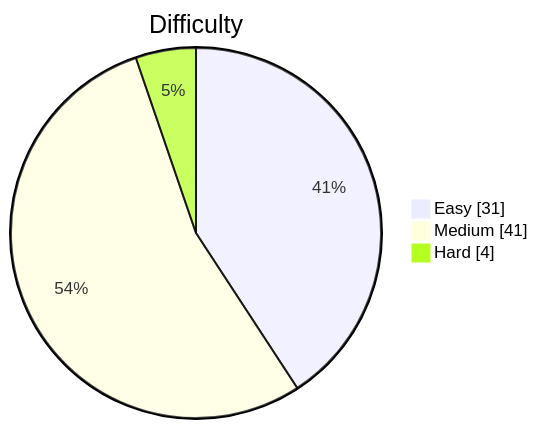
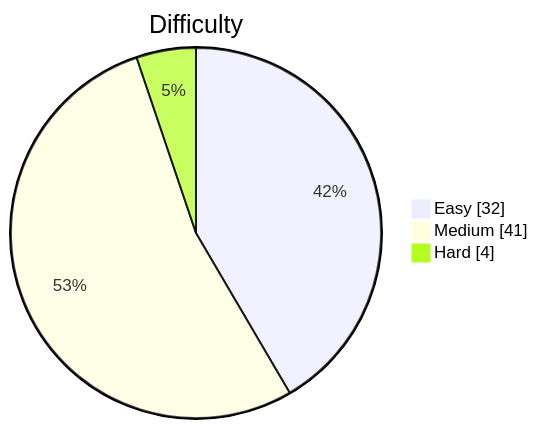
One commit to kevstevie/python-algo-practice changed the diagram in README.md. Above: the diagram before and after it, drawn with Mermaid. The commit also changed other lines of this file, not shown here.

````diff
--- a/README.md
+++ b/README.md
@@ -13,7 +13,7 @@
 ```mermaid
 pie showData
     title Difficulty
-    "Easy"   : 31
+    "Easy"   : 32
     "Medium" : 41
     "Hard"   : 4
 ```
````
